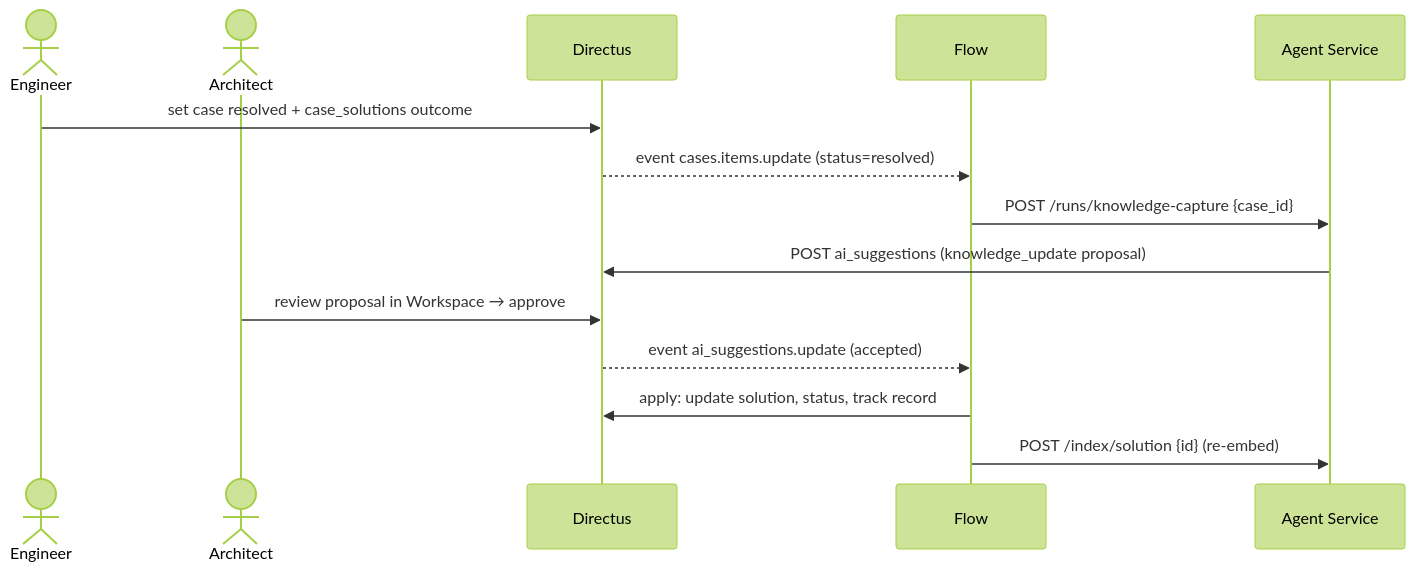
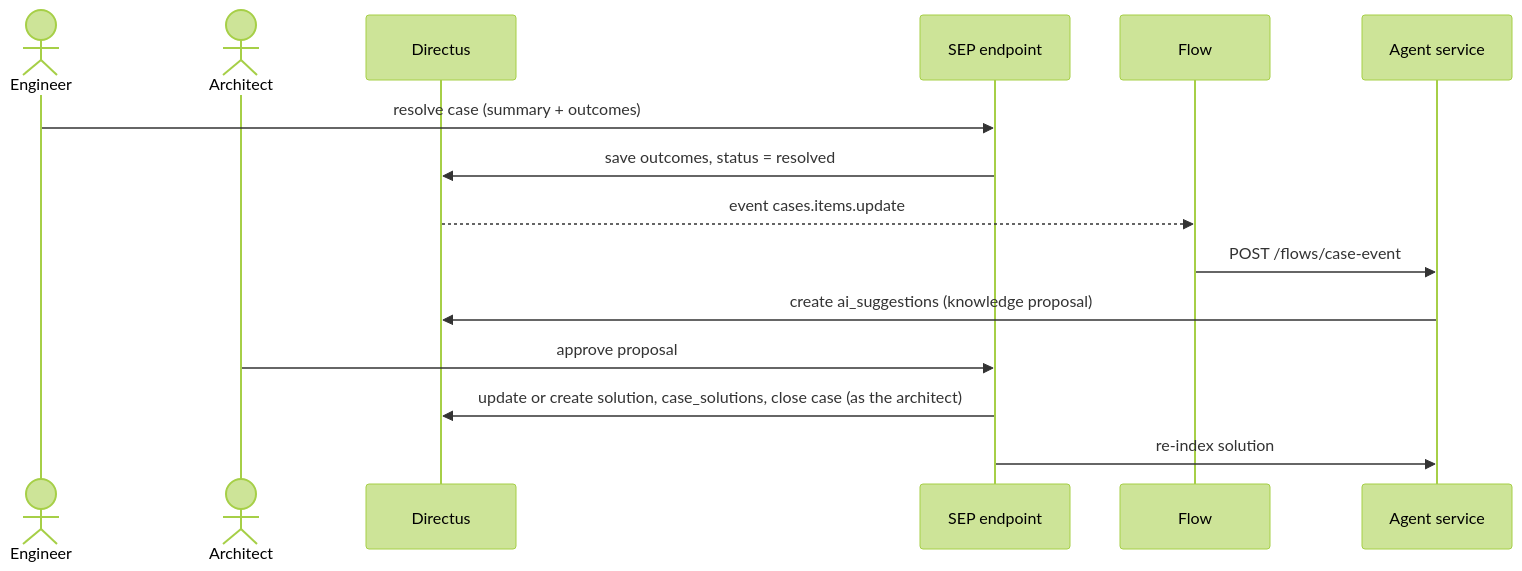
Before and after one commit to Maithiliii/viamedici-solution-platform: the tenth of 10 diagrams in docs/02-product-implementation.md, drawn with Mermaid (forest theme). The commit also changed other lines of this file and 2 other files, not shown here.

````diff
--- a/docs/02-product-implementation.md
+++ b/docs/02-product-implementation.md
@@ -591,17 +596,18 @@
 ```mermaid
 sequenceDiagram
     actor Eng as Engineer
     actor Arc as Architect
     participant DS as Directus
+    participant EP as SEP endpoint
     participant FL as Flow
-    participant AS as Agent Service
+    participant AS as Agent service
 
-    Eng->>DS: set case resolved + case_solutions outcome
-    DS-->>FL: event cases.items.update (status=resolved)
-    FL->>AS: POST /runs/knowledge-capture {case_id}
-    AS->>DS: POST ai_suggestions (knowledge_update proposal)
-    Arc->>DS: review proposal in Workspace → approve
-    DS-->>FL: event ai_suggestions.update (accepted)
-    FL->>DS: apply: update solution, status, track record
-    FL->>AS: POST /index/solution {id} (re-embed)
+    Eng->>EP: resolve case (summary + outcomes)
+    EP->>DS: save outcomes, status = resolved
+    DS-->>FL: event cases.items.update
+    FL->>AS: POST /flows/case-event
+    AS->>DS: create ai_suggestions (knowledge proposal)
+    Arc->>EP: approve proposal
+    EP->>DS: update or create solution, case_solutions, close case (as the architect)
+    EP->>AS: re-index solution
 ```
````
